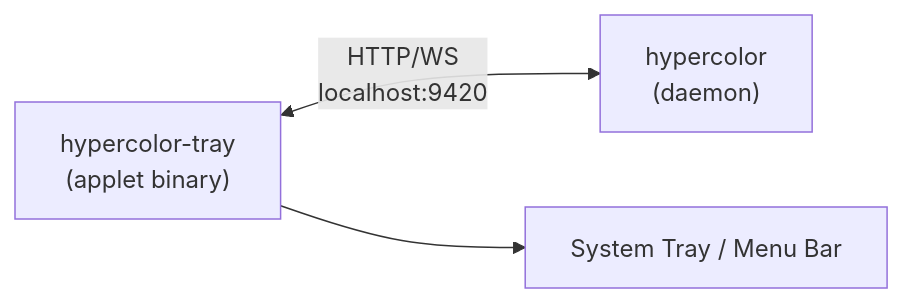
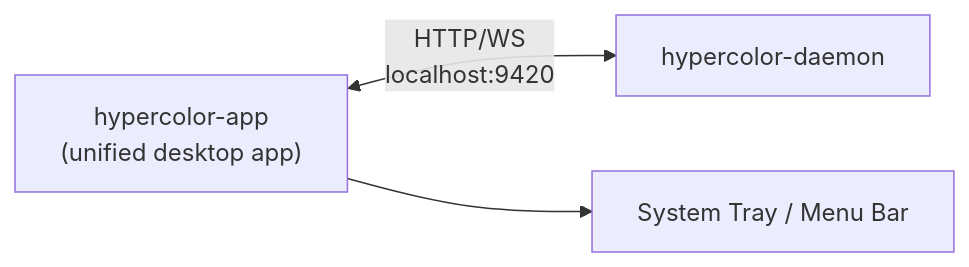
One commit to hyperb1iss/hypercolor changed the diagram in docs/design/25-distribution-and-applet.md. Above: the diagram before and after it, drawn with Mermaid. The commit also changed other lines of this file and 48 other files, not shown here.

First line of the commit message:
refactor(app): retire standalone tray

````diff
--- a/docs/design/25-distribution-and-applet.md
+++ b/docs/design/25-distribution-and-applet.md
@@ -281,5 +281,5 @@
 ```mermaid
 graph LR
-    Tray["hypercolor-tray<br/>(applet binary)"] <-->|HTTP/WS<br/>localhost:9420| Daemon["hypercolor<br/>(daemon)"]
-    Tray --> SysTray["System Tray / Menu Bar"]
+    App["hypercolor-app<br/>(unified desktop app)"] <-->|HTTP/WS<br/>localhost:9420| Daemon["hypercolor-daemon"]
+    App --> SysTray["System Tray / Menu Bar"]
 ```
````
